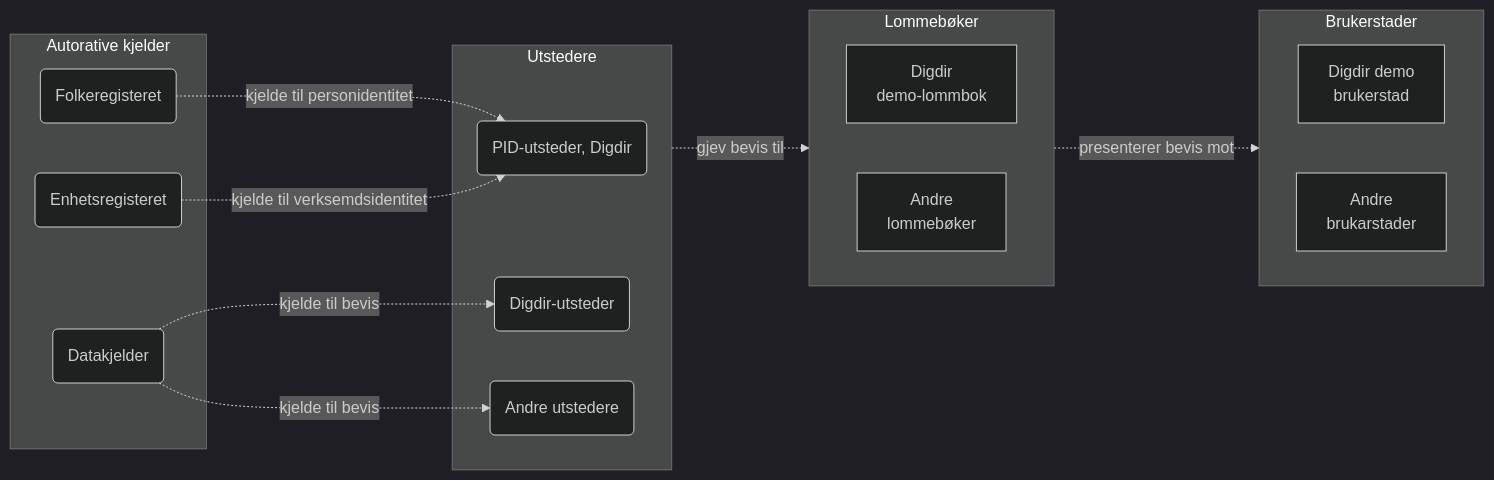
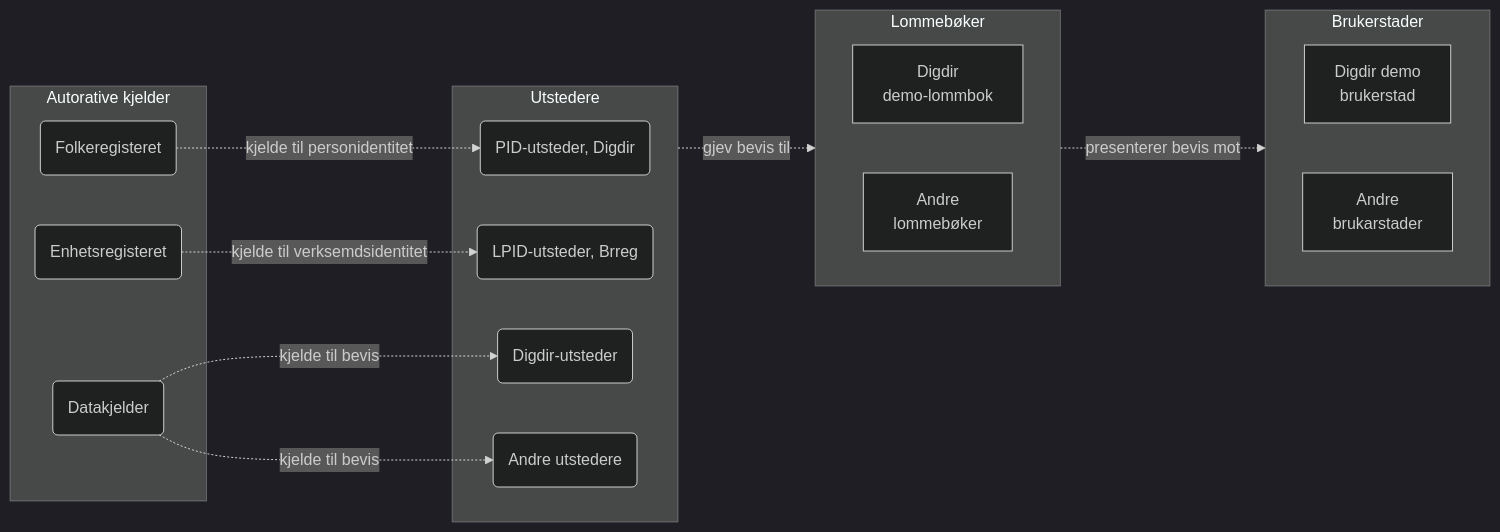
One commit to felleslosninger/docs changed the second of 2 diagrams in _docs/lommebok/lommebok_arkitektur.md. Above: the diagram before and after it, drawn with Mermaid (dark theme). The commit also changed other lines of this file and 2 other files, not shown here.

```diff
--- a/_docs/lommebok/lommebok_arkitektur.md
+++ b/_docs/lommebok/lommebok_arkitektur.md
@@ -44,44 +44,45 @@
 <div class="mermaid">
 graph LR
   subgraph AK [Autorative kjelder]
   F(Folkeregisteret)
   E(Enhetsregisteret)
   D(Datakjelder)
   end
 
   subgraph U [Utstedere]
   PID(PID-utsteder, Digdir)
+  LPID(LPID-utsteder, Brreg)
   DI(Digdir-utsteder)
   I(Andre utstedere)
   end
 
   subgraph L [Lommebøker]
   direction LR
   DW["Digdir
 demo-lommbok"]
   W["Andre 
 lommebøker"]
   end
 
   subgraph B [Brukerstader]
   direction LR
   DRP["Digdir demo
 brukerstad"]
   RP["Andre
 brukarstader"]
   end
 
 
 
   F -. kjelde til personidentitet  .-> PID
-  E -. kjelde til verksemdsidentitet .-> PID
+  E -. kjelde til verksemdsidentitet .-> LPID
 
   D -. kjelde til bevis .-> DI
   D -. kjelde til bevis .-> I
 
   U -. gjev bevis til .-> L
 
   L -. presenterer bevis mot .-> B
 
 
 </div>
```
